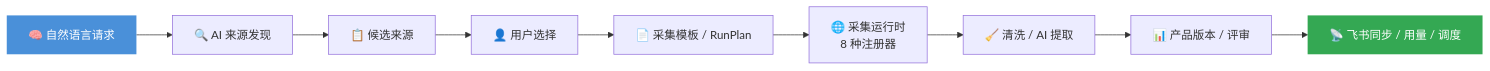
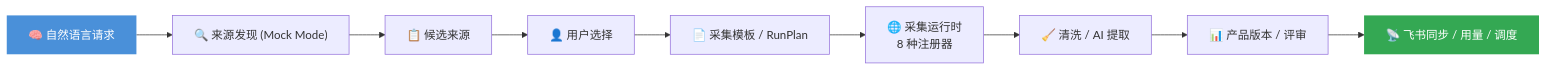
The first of 2 diagrams in README.md (a672780966/Competitive-Product-Intelligence-System), drawn with Mermaid before and after one commit. The commit also changed other lines of this file and 23 other files, not shown here.

````diff
--- a/README.md
+++ b/README.md
@@ -46,14 +47,14 @@
 ```mermaid
 flowchart LR
-    A["🧠 自然语言请求"] --> B["🔍 AI 来源发现"]
+    A["🧠 自然语言请求"] --> B["🔍 来源发现 (Mock Mode)"]
     B --> C["📋 候选来源"]
     C --> D["👤 用户选择"]
     D --> E["📄 采集模板 / RunPlan"]
     E --> F["🌐 采集运行时<br/>8 种注册器"]
     F --> G["🧹 清洗 / AI 提取"]
     G --> H["📊 产品版本 / 评审"]
     H --> I["📡 飞书同步 / 用量 / 调度"]
 
     style A fill:#4A90D9,color:#fff,stroke:none
     style I fill:#34A853,color:#fff,stroke:none
 ```
````
